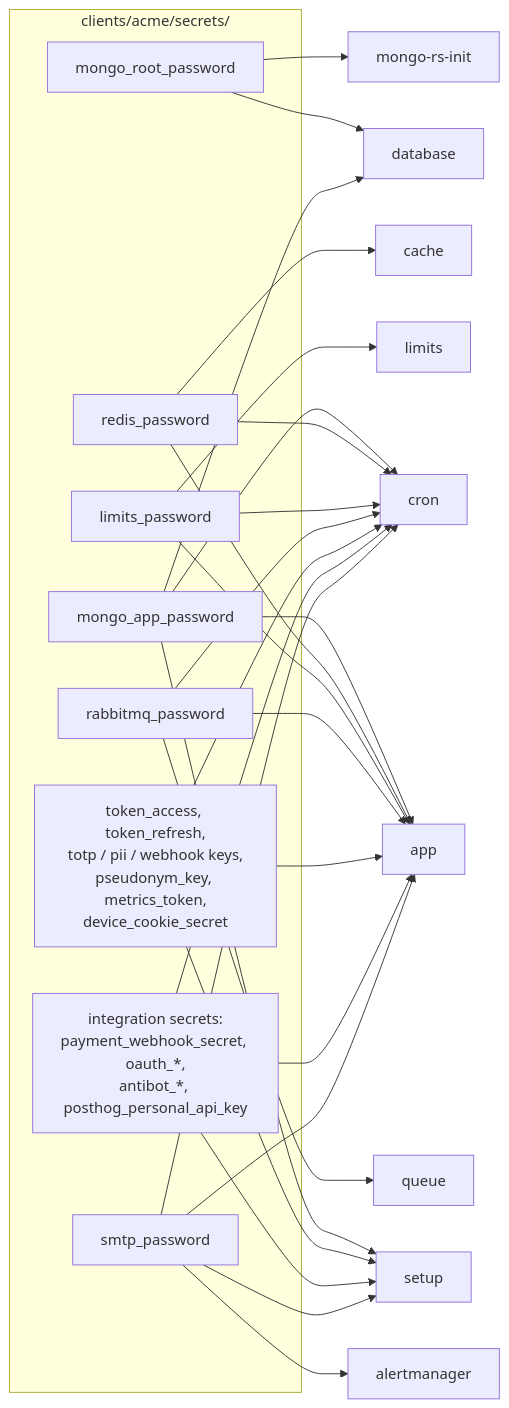
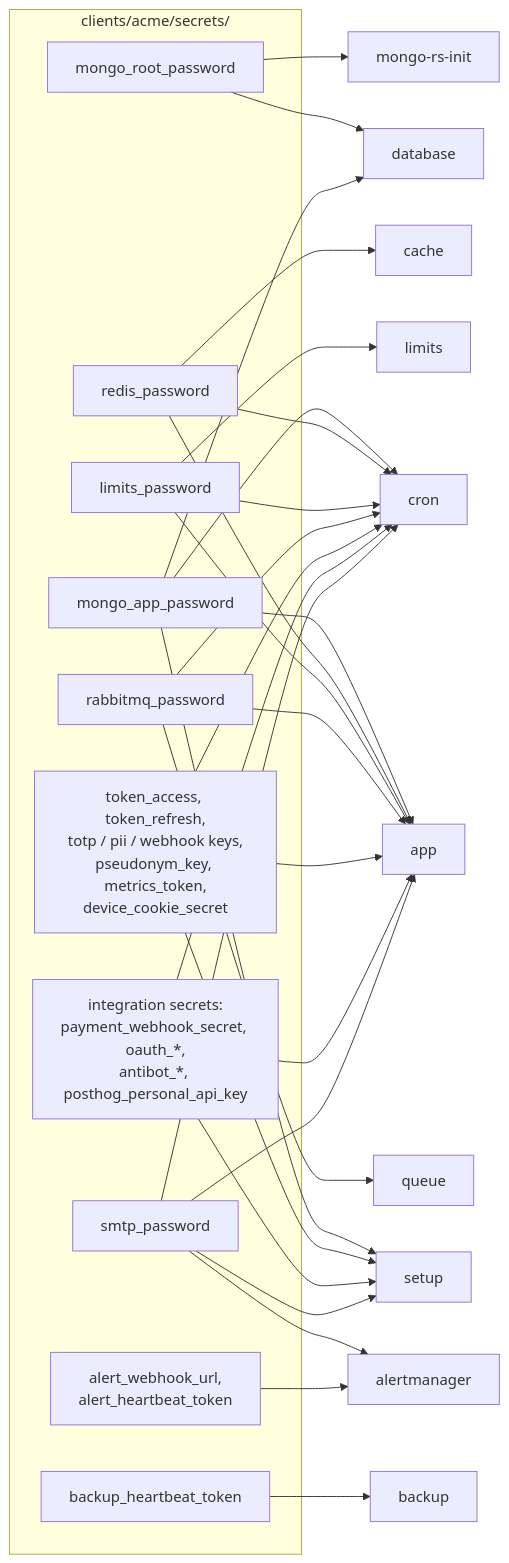
One commit to Guebbit/boilerplate-node-backend changed the second of 2 diagrams in docs/operate/first-deploy.md. Above: the diagram before and after it, drawn with Mermaid. The commit also changed other lines of this file and 13 other files, not shown here.

First line of the commit message:
fix(deploy): hand the alert-channel and backup-heartbeat tokens over as files

````diff
--- a/docs/operate/first-deploy.md
+++ b/docs/operate/first-deploy.md
@@ -79,38 +79,42 @@
 ```mermaid
 flowchart LR
     subgraph files["clients/acme/secrets/"]
         root["mongo_root_password"]
         appdb["mongo_app_password"]
         redis["redis_password"]
         limits_file["limits_password"]
         rabbit["rabbitmq_password"]
         keys["token_access, token_refresh,<br/>totp / pii / webhook keys,<br/>pseudonym_key, metrics_token,<br/>device_cookie_secret"]
         integrations["integration secrets:<br/>payment_webhook_secret, oauth_*,<br/>antibot_*, posthog_personal_api_key"]
         smtp["smtp_password"]
+        alerts["alert_webhook_url,<br/>alert_heartbeat_token"]
+        beat["backup_heartbeat_token"]
     end
     root --> database
     root --> rsinit["mongo-rs-init"]
     appdb --> database
     appdb --> app
     appdb --> cron
     appdb --> setup
     redis --> cache
     redis --> app
     redis --> cron
     limits_file --> limits
     limits_file --> app
     limits_file --> cron
     rabbit --> queue
     rabbit --> app
     rabbit --> cron
     keys --> app
     keys --> cron
     keys --> setup
     integrations --> app
     integrations --> cron
     integrations --> setup
     smtp --> app
     smtp --> cron
     smtp --> setup
     smtp --> alertmanager
+    alerts --> alertmanager
+    beat --> backup
 ```
````
